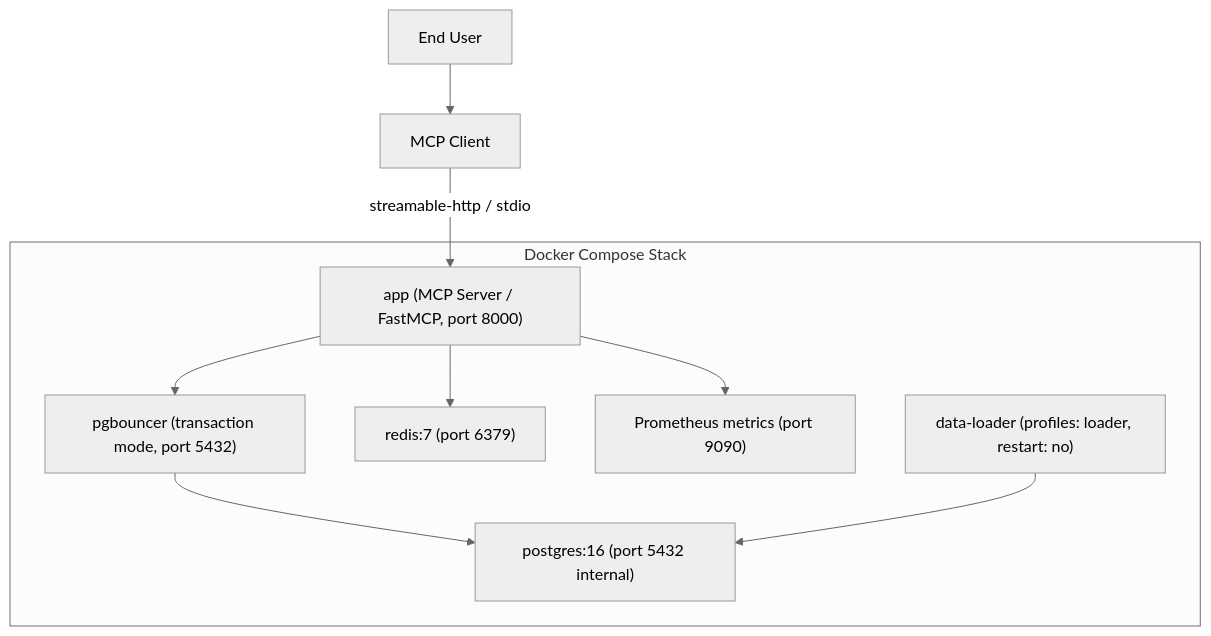
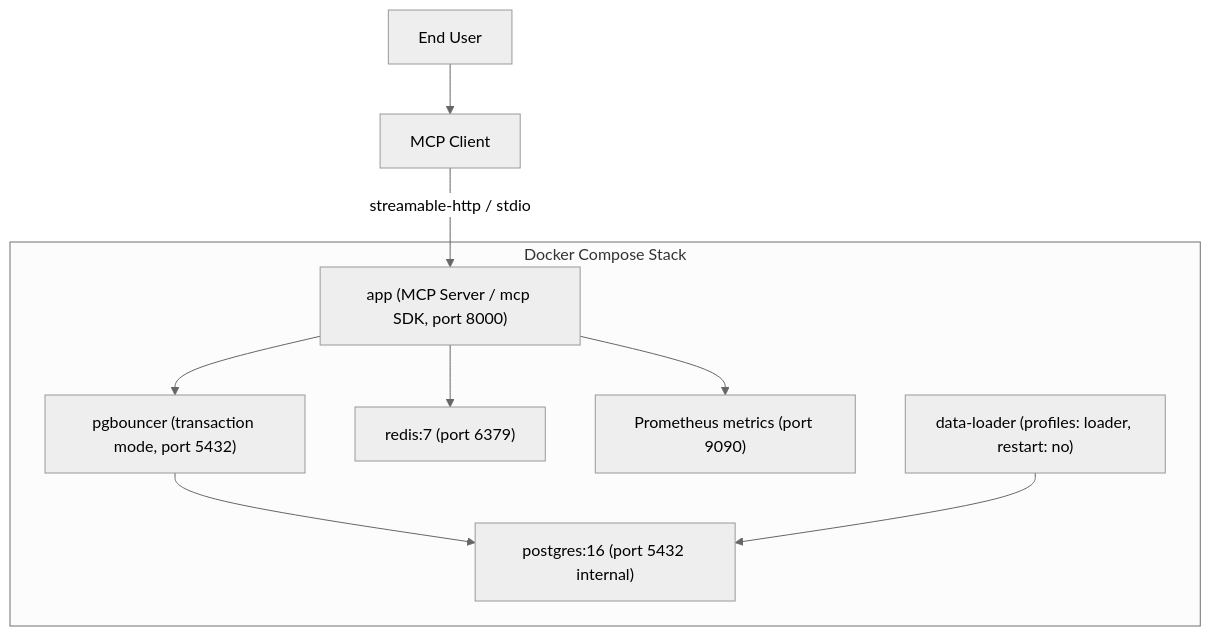
The diagram in docs/architecture/deployment.md (healthymind-tech/Taiwan-Health-MCP), drawn with Mermaid (neutral theme) before and after one commit. The commit also changed 10 other files, not shown here.

First line of the commit message:
Refactor MCP server to use mcp SDK and implement dynamic tool registration

````diff
--- a/docs/architecture/deployment.md
+++ b/docs/architecture/deployment.md
@@ -3,19 +3,19 @@
 ```mermaid
 graph TD
     User[End User] --> Client[MCP Client]
 
     subgraph "Docker Compose Stack"
-        Server["app (MCP Server / FastMCP, port 8000)"]
+        Server["app (MCP Server / mcp SDK, port 8000)"]
         PGB["pgbouncer (transaction mode, port 5432)"]
         PG["postgres:16 (port 5432 internal)"]
         RD["redis:7 (port 6379)"]
         PM["Prometheus metrics (port 9090)"]
         LDR["data-loader (profiles: loader, restart: no)"]
     end
 
     Client -- "streamable-http / stdio" --> Server
     Server --> PGB --> PG
     Server --> RD
     Server --> PM
     LDR --> PG
 ```
````
